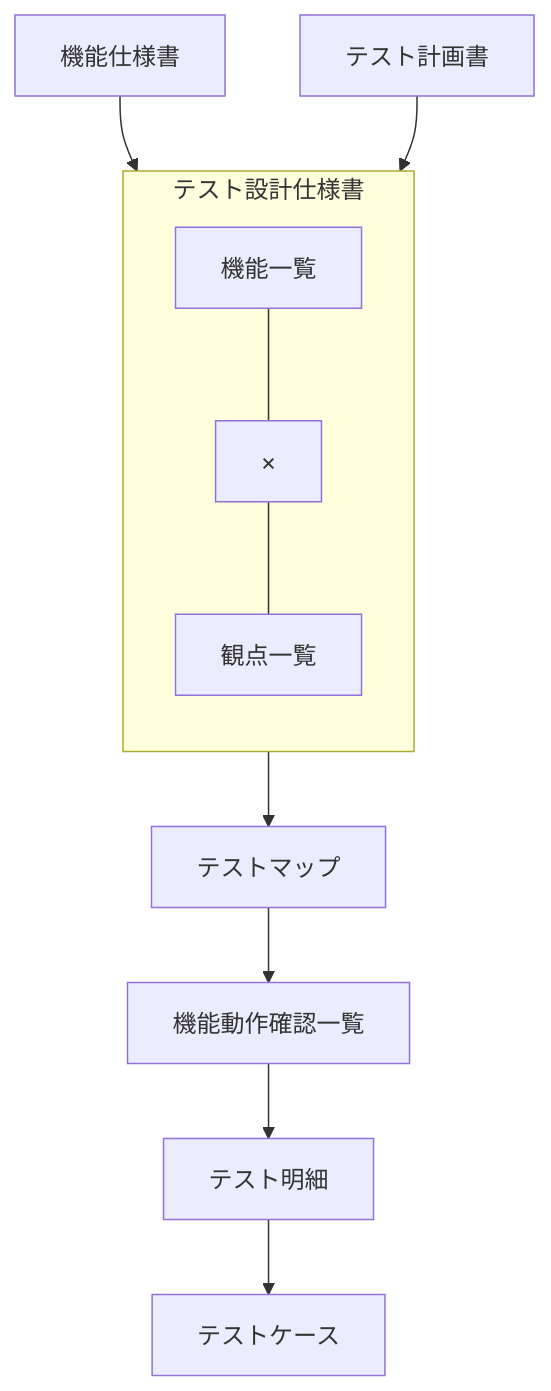
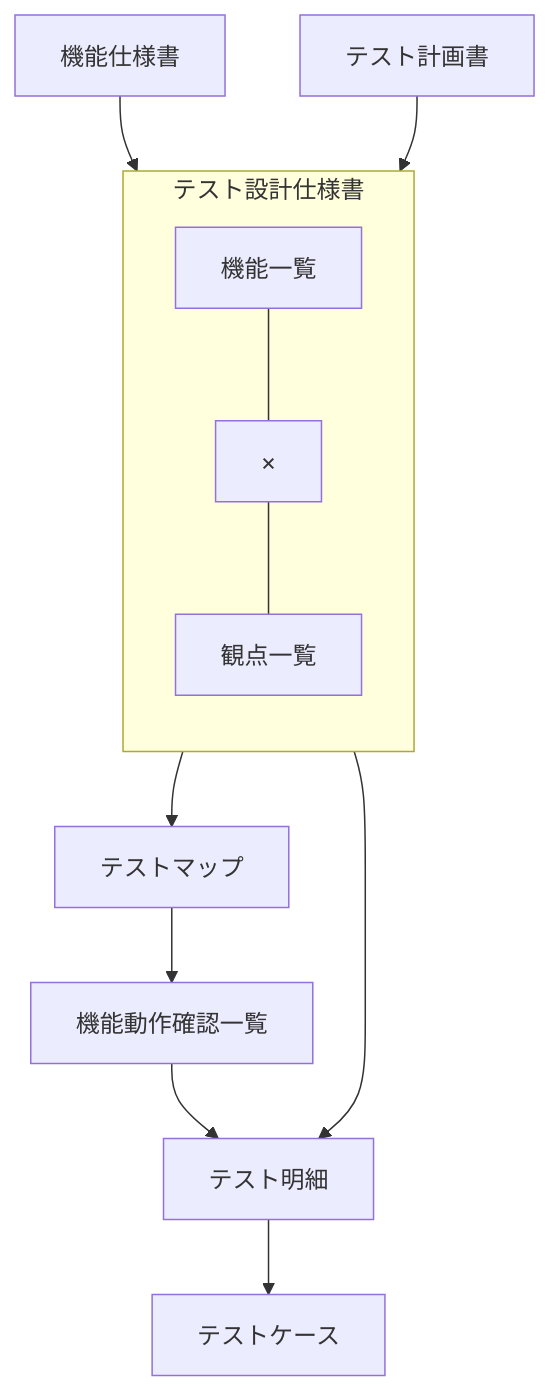
One commit to yuusakuri/dev-rules changed the diagram in templates/documentation/test-design-specification.md. Above: the diagram before and after it, drawn with Mermaid. The commit also changed other lines of this file and 7 other files, not shown here.

````diff
--- a/templates/documentation/test-design-specification.md
+++ b/templates/documentation/test-design-specification.md
@@ -94,19 +94,20 @@
 ```mermaid
 flowchart TD
     FS["機能仕様書"] --> TDS
     TP["テスト計画書"] --> TDS
 
     subgraph TDS["テスト設計仕様書"]
         direction TB
         FL["機能一覧"]
         X["×"]
         VL["観点一覧"]
         FL --- X
         X --- VL
     end
 
     TDS --> TM["テストマップ"]
     TM --> FC["機能動作確認一覧"]
     FC --> DETAIL["テスト明細"]
+    TDS --> DETAIL
     DETAIL --> CASE["テストケース"]
 ```
````
